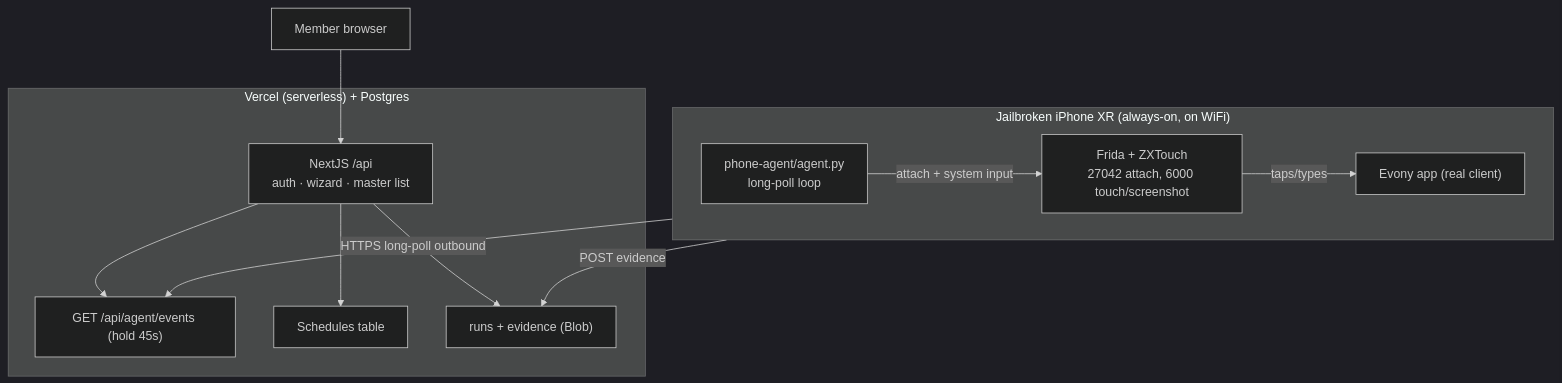
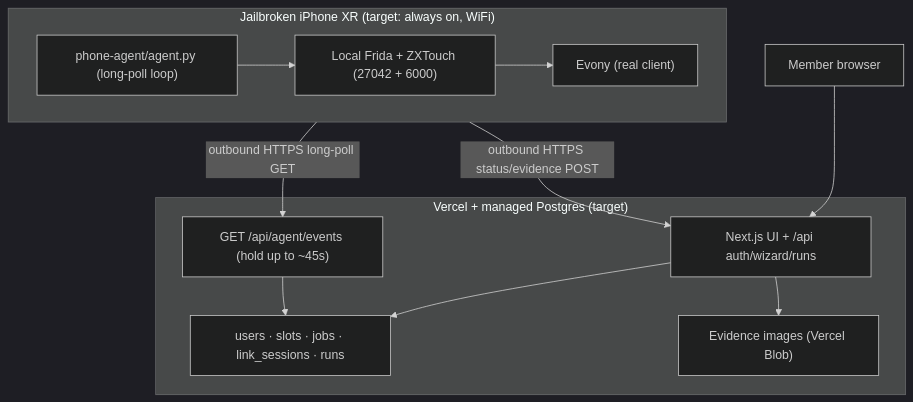
Before and after one commit to nick-kuhle/bubbler: the diagram in docs/02-architecture.md, drawn with Mermaid (dark theme). The commit also changed other lines of this file and 12 other files, not shown here.

Commit message:
Document verified Evony linking and plan phone/Vercel cutover

````diff
--- a/docs/02-architecture.md
+++ b/docs/02-architecture.md
@@ -1,24 +9,21 @@
 ```mermaid
 graph TD
-    subgraph PHONE["Jailbroken iPhone XR (always-on, on WiFi)"]
-        AGENT["phone-agent/agent.py<br/>long-poll loop"]
-        EVON["Frida + ZXTouch<br/>27042 attach, 6000 touch/screenshot"]
-        APP["Evony app (real client)"]
-        AGENT -->|attach + system input| EVON
-        EVON -->|taps/types| APP
+    subgraph PHONE["Jailbroken iPhone XR (target: always on, WiFi)"]
+        AGENT["phone-agent/agent.py (long-poll loop)"]
+        EVON["Local Frida + ZXTouch (27042 + 6000)"]
+        APP["Evony (real client)"]
+        AGENT --> EVON --> APP
     end
-
-    subgraph CLOUD["Vercel (serverless) + Postgres"]
-        API["NextJS /api<br/>auth · wizard · master list"]
-        LONGPOLL["GET /api/agent/events (hold 45s)"]
-        SCHED["Schedules table"]
-        RUNS["runs + evidence (Blob)"]
-        API --> LONGPOLL
-        API --> SCHED
-        API --> RUNS
+    subgraph CLOUD["Vercel + managed Postgres (target)"]
+        API["Next.js UI + /api auth/wizard/runs"]
+        LONGPOLL["GET /api/agent/events (hold up to ~45s)"]
+        DB["users · slots · jobs · link_sessions · runs"]
+        BLOB["Evidence images (Vercel Blob)"]
+        API --> DB
+        LONGPOLL --> DB
+        API --> BLOB
     end
-
-    PHONE -- HTTPS long-poll outbound --> LONGPOLL
-    PHONE -- POST evidence --> RUNS
+    PHONE -- "outbound HTTPS long-poll GET" --> LONGPOLL
+    PHONE -- "outbound HTTPS status/evidence POST" --> API
     USER["Member browser"] --> API
 ```
````
